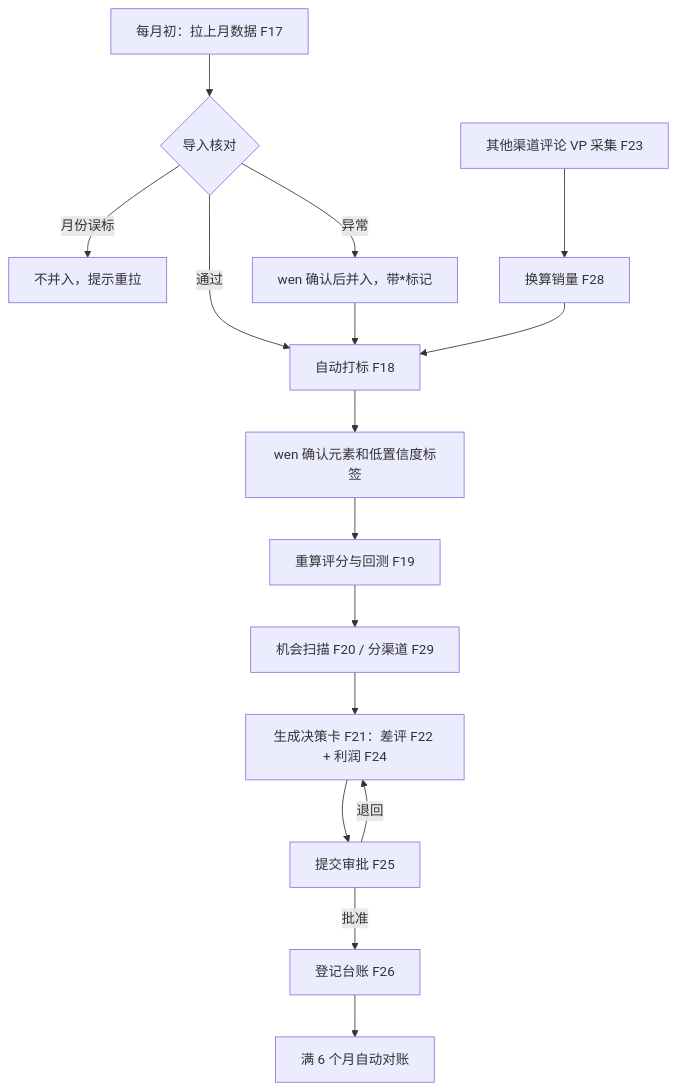
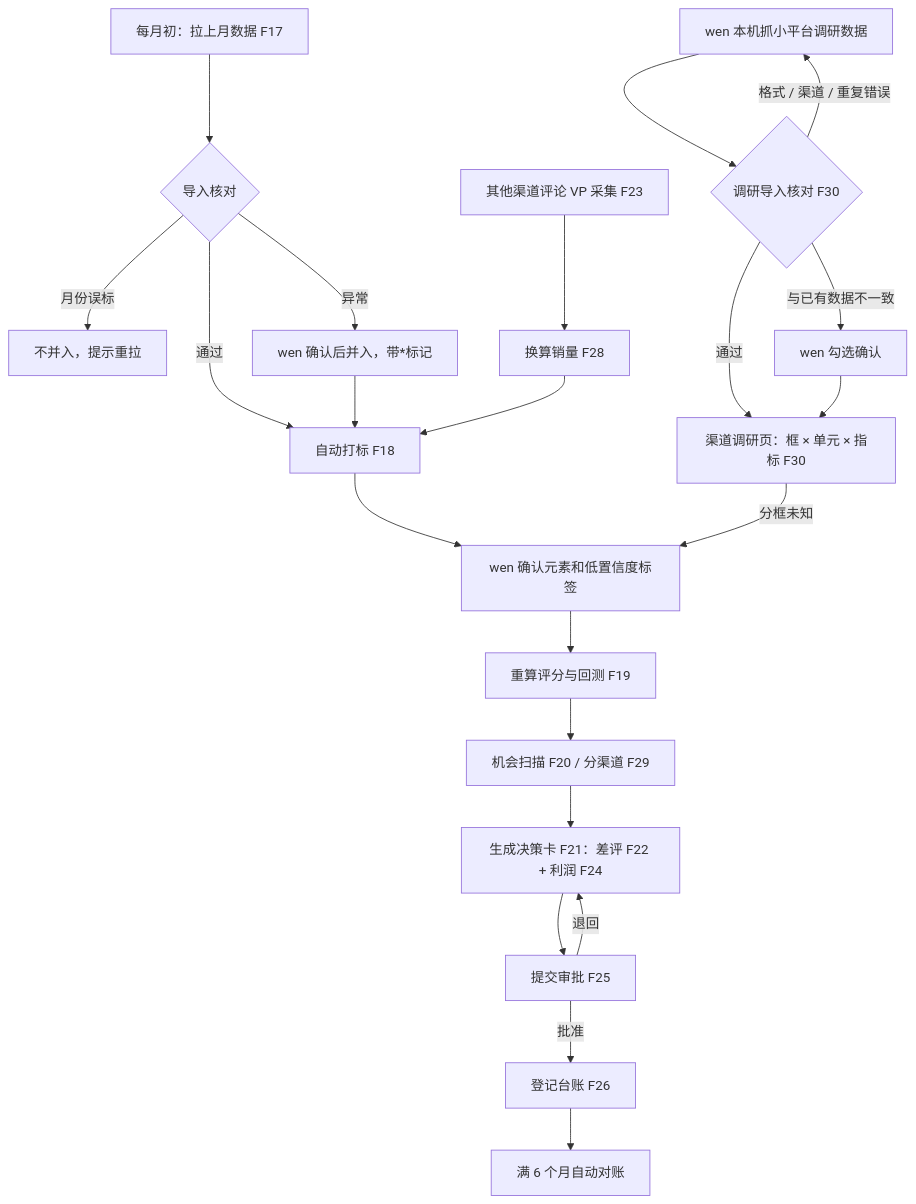
Before and after one commit to staring9811-prog/wxb981111-163.com: the first of 2 diagrams in opportunity-research/output/PRD详细版.md, drawn with Mermaid. The commit also changed other lines of this file and 6 other files, not shown here.

````diff
--- a/opportunity-research/output/PRD详细版.md
+++ b/opportunity-research/output/PRD详细版.md
@@ -344,17 +397,23 @@
 ```mermaid
 flowchart TD
     A[每月初：拉上月数据 F17] --> B{导入核对}
     B -->|月份误标| X[不并入，提示重拉]
     B -->|异常| C[wen 确认后并入，带*标记]
     B -->|通过| D[自动打标 F18]
     C --> D
     D --> E[wen 确认元素和低置信度标签]
     E --> F[重算评分与回测 F19]
     F --> G[机会扫描 F20 / 分渠道 F29]
     V[其他渠道评论 VP 采集 F23] --> W[换算销量 F28] --> D
+    Y[wen 本机抓小平台调研数据] --> Z{调研导入核对 F30}
+    Z -->|格式 / 渠道 / 重复错误| Y
+    Z -->|与已有数据不一致| Z2[wen 勾选确认]
+    Z -->|通过| Z3[渠道调研页：框 × 单元 × 指标 F30]
+    Z2 --> Z3
+    Z3 -->|分框未知| E
     G --> H[生成决策卡 F21：差评 F22 + 利润 F24]
     H --> I[提交审批 F25]
     I -->|批准| J[登记台账 F26]
     I -->|退回| H
     J --> K[满 6 个月自动对账]
 ```
````
